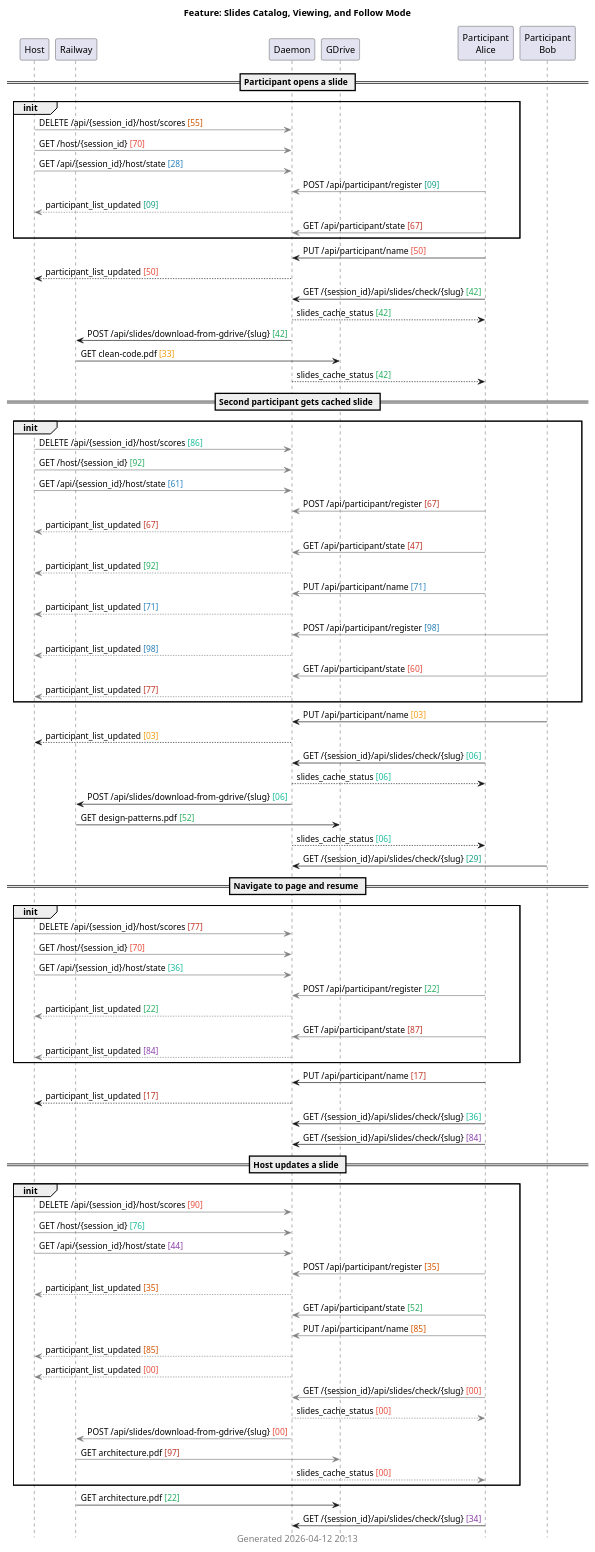
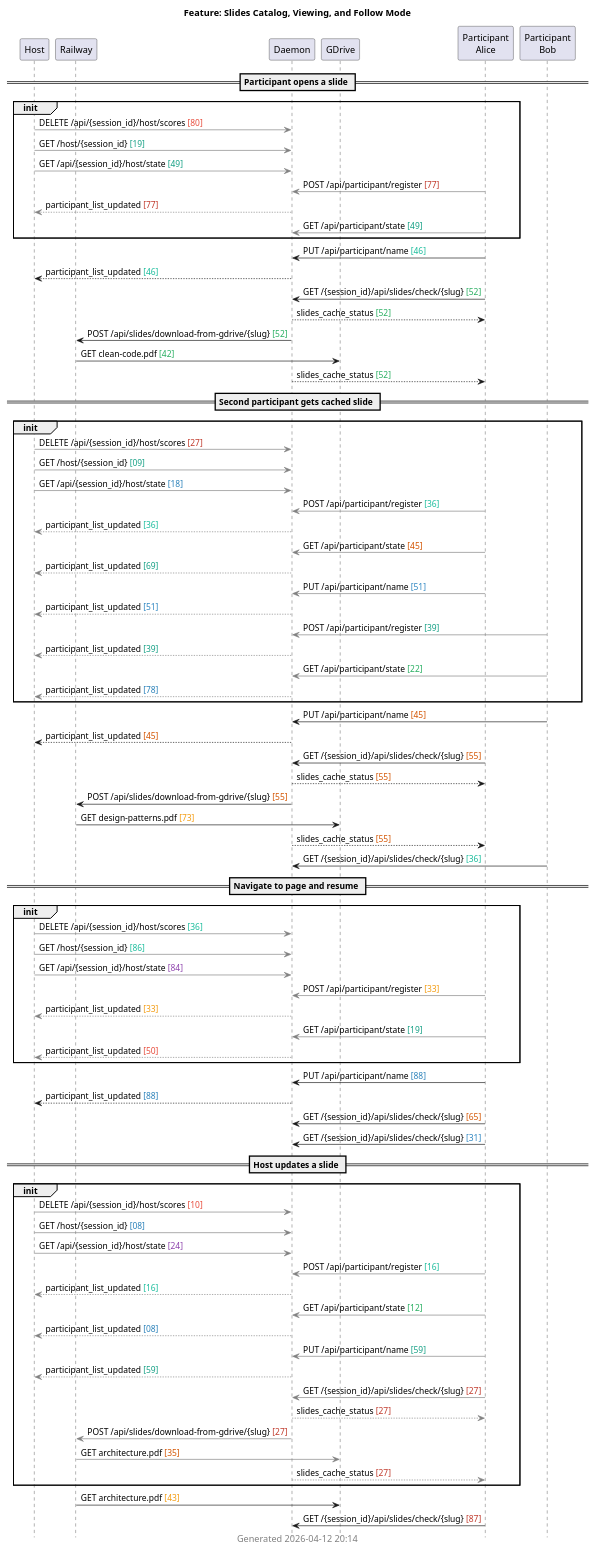
Before and after one commit to victorrentea/training-assistant: the diagram in docs/sequences/extracted/06-slides.puml, drawn with PlantUML. The commit also changed 2 other files, not shown here.

Commit message:
fix: dedup slides catalog fetch on page init, show /download in PUML
Remove redundant _refreshSlidesCatalog from warmSlidesCatalog — the
ws.onopen handler already fetches the catalog on connect and reconnect.

Add Rule 8 to traces_to_puml.py: Railway root spans with no cross-service
children are inferred as Participant→Railway edges, making pdf.js
download calls visible in sequence diagrams.

```diff
--- a/docs/sequences/extracted/06-slides.puml
+++ b/docs/sequences/extracted/06-slides.puml
@@ -1,91 +1,91 @@
 @startuml
 hide footbox
 title Feature: Slides Catalog, Viewing, and Follow Mode
-caption <color:gray>Generated 2026-04-12 20:13</color>
+caption <color:gray>Generated 2026-04-12 20:14</color>
 
 participant "Host"
 participant "Railway"
 participant "Daemon"
 participant "GDrive"
 participant "Participant\nAlice"
 participant "Participant\nBob"
 
 == Participant opens a slide ==
 group init
-  "Host" [#gray]-> "Daemon": DELETE /api/{session_id}/host/scores <color:#D35400>[55]</color>
-  "Host" [#gray]-> "Daemon": GET /host/{session_id} <color:#E74C3C>[70]</color>
-  "Host" [#gray]-> "Daemon": GET /api/{session_id}/host/state <color:#2980B9>[28]</color>
-  "Participant\nAlice" [#gray]-> "Daemon": POST /api/participant/register <color:#16A085>[09]</color>
-  "Daemon" [#gray]--> "Host": participant_list_updated <color:#16A085>[09]</color>
-  "Participant\nAlice" [#gray]-> "Daemon": GET /api/participant/state <color:#C0392B>[67]</color>
+  "Host" [#gray]-> "Daemon": DELETE /api/{session_id}/host/scores <color:#E74C3C>[80]</color>
+  "Host" [#gray]-> "Daemon": GET /host/{session_id} <color:#16A085>[19]</color>
+  "Host" [#gray]-> "Daemon": GET /api/{session_id}/host/state <color:#16A085>[49]</color>
+  "Participant\nAlice" [#gray]-> "Daemon": POST /api/participant/register <color:#C0392B>[77]</color>
+  "Daemon" [#gray]--> "Host": participant_list_updated <color:#C0392B>[77]</color>
+  "Participant\nAlice" [#gray]-> "Daemon": GET /api/participant/state <color:#16A085>[49]</color>
 end
-"Participant\nAlice" -> "Daemon": PUT /api/participant/name <color:#E74C3C>[50]</color>
-"Daemon" --> "Host": participant_list_updated <color:#E74C3C>[50]</color>
-"Participant\nAlice" -> "Daemon": GET /{session_id}/api/slides/check/{slug} <color:#27AE60>[42]</color>
-"Daemon" --> "Participant\nAlice": slides_cache_status <color:#27AE60>[42]</color>
-"Daemon" -> "Railway": POST /api/slides/download-from-gdrive/{slug} <color:#27AE60>[42]</color>
-"Railway" -> "GDrive": GET clean-code.pdf <color:#F39C12>[33]</color>
-"Daemon" --> "Participant\nAlice": slides_cache_status <color:#27AE60>[42]</color>
+"Participant\nAlice" -> "Daemon": PUT /api/participant/name <color:#1ABC9C>[46]</color>
+"Daemon" --> "Host": participant_list_updated <color:#1ABC9C>[46]</color>
+"Participant\nAlice" -> "Daemon": GET /{session_id}/api/slides/check/{slug} <color:#27AE60>[52]</color>
+"Daemon" --> "Participant\nAlice": slides_cache_status <color:#27AE60>[52]</color>
+"Daemon" -> "Railway": POST /api/slides/download-from-gdrive/{slug} <color:#27AE60>[52]</color>
+"Railway" -> "GDrive": GET clean-code.pdf <color:#27AE60>[42]</color>
+"Daemon" --> "Participant\nAlice": slides_cache_status <color:#27AE60>[52]</color>
 
 == Second participant gets cached slide ==
 group init
-  "Host" [#gray]-> "Daemon": DELETE /api/{session_id}/host/scores <color:#1ABC9C>[86]</color>
-  "Host" [#gray]-> "Daemon": GET /host/{session_id} <color:#27AE60>[92]</color>
-  "Host" [#gray]-> "Daemon": GET /api/{session_id}/host/state <color:#2E86C1>[61]</color>
-  "Participant\nAlice" [#gray]-> "Daemon": POST /api/participant/register <color:#C0392B>[67]</color>
-  "Daemon" [#gray]--> "Host": participant_list_updated <color:#C0392B>[67]</color>
-  "Participant\nAlice" [#gray]-> "Daemon": GET /api/participant/state <color:#C0392B>[47]</color>
-  "Daemon" [#gray]--> "Host": participant_list_updated <color:#27AE60>[92]</color>
-  "Participant\nAlice" [#gray]-> "Daemon": PUT /api/participant/name <color:#2E86C1>[71]</color>
-  "Daemon" [#gray]--> "Host": participant_list_updated <color:#2E86C1>[71]</color>
-  "Participant\nBob" [#gray]-> "Daemon": POST /api/participant/register <color:#2980B9>[98]</color>
-  "Daemon" [#gray]--> "Host": participant_list_updated <color:#2980B9>[98]</color>
-  "Participant\nBob" [#gray]-> "Daemon": GET /api/participant/state <color:#E74C3C>[60]</color>
-  "Daemon" [#gray]--> "Host": participant_list_updated <color:#C0392B>[77]</color>
+  "Host" [#gray]-> "Daemon": DELETE /api/{session_id}/host/scores <color:#C0392B>[27]</color>
+  "Host" [#gray]-> "Daemon": GET /host/{session_id} <color:#16A085>[09]</color>
+  "Host" [#gray]-> "Daemon": GET /api/{session_id}/host/state <color:#2980B9>[18]</color>
+  "Participant\nAlice" [#gray]-> "Daemon": POST /api/participant/register <color:#1ABC9C>[36]</color>
+  "Daemon" [#gray]--> "Host": participant_list_updated <color:#1ABC9C>[36]</color>
+  "Participant\nAlice" [#gray]-> "Daemon": GET /api/participant/state <color:#D35400>[45]</color>
+  "Daemon" [#gray]--> "Host": participant_list_updated <color:#16A085>[69]</color>
+  "Participant\nAlice" [#gray]-> "Daemon": PUT /api/participant/name <color:#2E86C1>[51]</color>
+  "Daemon" [#gray]--> "Host": participant_list_updated <color:#2E86C1>[51]</color>
+  "Participant\nBob" [#gray]-> "Daemon": POST /api/participant/register <color:#16A085>[39]</color>
+  "Daemon" [#gray]--> "Host": participant_list_updated <color:#16A085>[39]</color>
+  "Participant\nBob" [#gray]-> "Daemon": GET /api/participant/state <color:#27AE60>[22]</color>
+  "Daemon" [#gray]--> "Host": participant_list_updated <color:#2980B9>[78]</color>
 end
-"Participant\nBob" -> "Daemon": PUT /api/participant/name <color:#F39C12>[03]</color>
-"Daemon" --> "Host": participant_list_updated <color:#F39C12>[03]</color>
-"Participant\nAlice" -> "Daemon": GET /{session_id}/api/slides/check/{slug} <color:#1ABC9C>[06]</color>
-"Daemon" --> "Participant\nAlice": slides_cache_status <color:#1ABC9C>[06]</color>
-"Daemon" -> "Railway": POST /api/slides/download-from-gdrive/{slug} <color:#1ABC9C>[06]</color>
-"Railway" -> "GDrive": GET design-patterns.pdf <color:#27AE60>[52]</color>
-"Daemon" --> "Participant\nAlice": slides_cache_status <color:#1ABC9C>[06]</color>
-"Participant\nBob" -> "Daemon": GET /{session_id}/api/slides/check/{slug} <color:#16A085>[29]</color>
+"Participant\nBob" -> "Daemon": PUT /api/participant/name <color:#D35400>[45]</color>
+"Daemon" --> "Host": participant_list_updated <color:#D35400>[45]</color>
+"Participant\nAlice" -> "Daemon": GET /{session_id}/api/slides/check/{slug} <color:#D35400>[55]</color>
+"Daemon" --> "Participant\nAlice": slides_cache_status <color:#D35400>[55]</color>
+"Daemon" -> "Railway": POST /api/slides/download-from-gdrive/{slug} <color:#D35400>[55]</color>
+"Railway" -> "GDrive": GET design-patterns.pdf <color:#F39C12>[73]</color>
+"Daemon" --> "Participant\nAlice": slides_cache_status <color:#D35400>[55]</color>
+"Participant\nBob" -> "Daemon": GET /{session_id}/api/slides/check/{slug} <color:#1ABC9C>[36]</color>
 
 == Navigate to page and resume ==
 group init
-  "Host" [#gray]-> "Daemon": DELETE /api/{session_id}/host/scores <color:#C0392B>[77]</color>
-  "Host" [#gray]-> "Daemon": GET /host/{session_id} <color:#E74C3C>[70]</color>
-  "Host" [#gray]-> "Daemon": GET /api/{session_id}/host/state <color:#1ABC9C>[36]</color>
-  "Participant\nAlice" [#gray]-> "Daemon": POST /api/participant/register <color:#27AE60>[22]</color>
-  "Daemon" [#gray]--> "Host": participant_list_updated <color:#27AE60>[22]</color>
-  "Participant\nAlice" [#gray]-> "Daemon": GET /api/participant/state <color:#C0392B>[87]</color>
-  "Daemon" [#gray]--> "Host": participant_list_updated <color:#8E44AD>[84]</color>
+  "Host" [#gray]-> "Daemon": DELETE /api/{session_id}/host/scores <color:#1ABC9C>[36]</color>
+  "Host" [#gray]-> "Daemon": GET /host/{session_id} <color:#1ABC9C>[86]</color>
+  "Host" [#gray]-> "Daemon": GET /api/{session_id}/host/state <color:#8E44AD>[84]</color>
+  "Participant\nAlice" [#gray]-> "Daemon": POST /api/participant/register <color:#F39C12>[33]</color>
+  "Daemon" [#gray]--> "Host": participant_list_updated <color:#F39C12>[33]</color>
+  "Participant\nAlice" [#gray]-> "Daemon": GET /api/participant/state <color:#16A085>[19]</color>
+  "Daemon" [#gray]--> "Host": participant_list_updated <color:#E74C3C>[50]</color>
 end
-"Participant\nAlice" -> "Daemon": PUT /api/participant/name <color:#C0392B>[17]</color>
-"Daemon" --> "Host": participant_list_updated <color:#C0392B>[17]</color>
-"Participant\nAlice" -> "Daemon": GET /{session_id}/api/slides/check/{slug} <color:#1ABC9C>[36]</color>
-"Participant\nAlice" -> "Daemon": GET /{session_id}/api/slides/check/{slug} <color:#8E44AD>[84]</color>
+"Participant\nAlice" -> "Daemon": PUT /api/participant/name <color:#2980B9>[88]</color>
+"Daemon" --> "Host": participant_list_updated <color:#2980B9>[88]</color>
+"Participant\nAlice" -> "Daemon": GET /{session_id}/api/slides/check/{slug} <color:#D35400>[65]</color>
+"Participant\nAlice" -> "Daemon": GET /{session_id}/api/slides/check/{slug} <color:#2E86C1>[31]</color>
 
 == Host updates a slide ==
 group init
-  "Host" [#gray]-> "Daemon": DELETE /api/{session_id}/host/scores <color:#E74C3C>[90]</color>
-  "Host" [#gray]-> "Daemon": GET /host/{session_id} <color:#1ABC9C>[76]</color>
-  "Host" [#gray]-> "Daemon": GET /api/{session_id}/host/state <color:#8E44AD>[44]</color>
-  "Participant\nAlice" [#gray]-> "Daemon": POST /api/participant/register <color:#D35400>[35]</color>
-  "Daemon" [#gray]--> "Host": participant_list_updated <color:#D35400>[35]</color>
-  "Participant\nAlice" [#gray]-> "Daemon": GET /api/participant/state <color:#27AE60>[52]</color>
-  "Participant\nAlice" [#gray]-> "Daemon": PUT /api/participant/name <color:#D35400>[85]</color>
-  "Daemon" [#gray]--> "Host": participant_list_updated <color:#D35400>[85]</color>
-  "Daemon" [#gray]--> "Host": participant_list_updated <color:#E74C3C>[00]</color>
-  "Participant\nAlice" [#gray]-> "Daemon": GET /{session_id}/api/slides/check/{slug} <color:#E74C3C>[00]</color>
-  "Daemon" [#gray]--> "Participant\nAlice": slides_cache_status <color:#E74C3C>[00]</color>
-  "Daemon" [#gray]-> "Railway": POST /api/slides/download-from-gdrive/{slug} <color:#E74C3C>[00]</color>
-  "Railway" [#gray]-> "GDrive": GET architecture.pdf <color:#C0392B>[97]</color>
-  "Daemon" [#gray]--> "Participant\nAlice": slides_cache_status <color:#E74C3C>[00]</color>
+  "Host" [#gray]-> "Daemon": DELETE /api/{session_id}/host/scores <color:#E74C3C>[10]</color>
+  "Host" [#gray]-> "Daemon": GET /host/{session_id} <color:#2980B9>[08]</color>
+  "Host" [#gray]-> "Daemon": GET /api/{session_id}/host/state <color:#8E44AD>[24]</color>
+  "Participant\nAlice" [#gray]-> "Daemon": POST /api/participant/register <color:#1ABC9C>[16]</color>
+  "Daemon" [#gray]--> "Host": participant_list_updated <color:#1ABC9C>[16]</color>
+  "Participant\nAlice" [#gray]-> "Daemon": GET /api/participant/state <color:#27AE60>[12]</color>
+  "Daemon" [#gray]--> "Host": participant_list_updated <color:#2980B9>[08]</color>
+  "Participant\nAlice" [#gray]-> "Daemon": PUT /api/participant/name <color:#16A085>[59]</color>
+  "Daemon" [#gray]--> "Host": participant_list_updated <color:#16A085>[59]</color>
+  "Participant\nAlice" [#gray]-> "Daemon": GET /{session_id}/api/slides/check/{slug} <color:#C0392B>[27]</color>
+  "Daemon" [#gray]--> "Participant\nAlice": slides_cache_status <color:#C0392B>[27]</color>
+  "Daemon" [#gray]-> "Railway": POST /api/slides/download-from-gdrive/{slug} <color:#C0392B>[27]</color>
+  "Railway" [#gray]-> "GDrive": GET architecture.pdf <color:#D35400>[35]</color>
+  "Daemon" [#gray]--> "Participant\nAlice": slides_cache_status <color:#C0392B>[27]</color>
 end
-"Railway" -> "GDrive": GET architecture.pdf <color:#27AE60>[22]</color>
-"Participant\nAlice" -> "Daemon": GET /{session_id}/api/slides/check/{slug} <color:#8E44AD>[34]</color>
+"Railway" -> "GDrive": GET architecture.pdf <color:#F39C12>[43]</color>
+"Participant\nAlice" -> "Daemon": GET /{session_id}/api/slides/check/{slug} <color:#C0392B>[87]</color>
 
 
 @enduml
```
